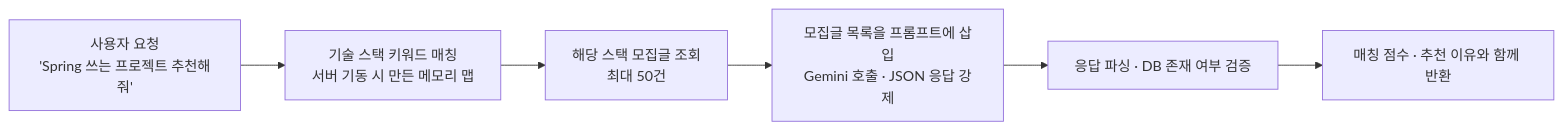
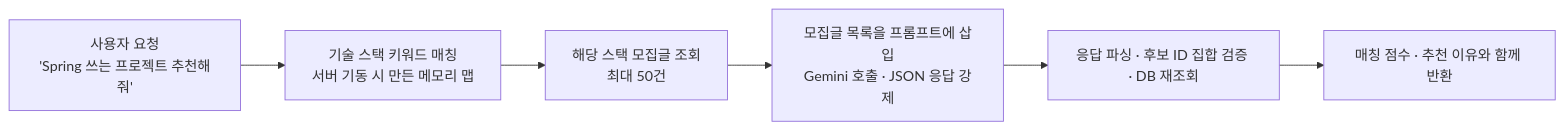
One commit to happyzerojun/team-builder-backend changed the second of 3 diagrams in README.md. Above: the diagram before and after it, drawn with Mermaid. The commit also changed other lines of this file and 1 other file, not shown here.

````diff
--- a/README.md
+++ b/README.md
@@ -64,8 +64,8 @@
 ```mermaid
 flowchart LR
     A[사용자 요청<br/>'Spring 쓰는 프로젝트 추천해줘'] --> B[기술 스택 키워드 매칭<br/>서버 기동 시 만든 메모리 맵]
     B --> C[해당 스택 모집글 조회<br/>최대 50건]
     C --> D[모집글 목록을 프롬프트에 삽입<br/>Gemini 호출 · JSON 응답 강제]
-    D --> E[응답 파싱 · DB 존재 여부 검증]
+    D --> E[응답 파싱 · 후보 ID 집합 검증 · DB 재조회]
     E --> F[매칭 점수 · 추천 이유와 함께 반환]
 ```
````
